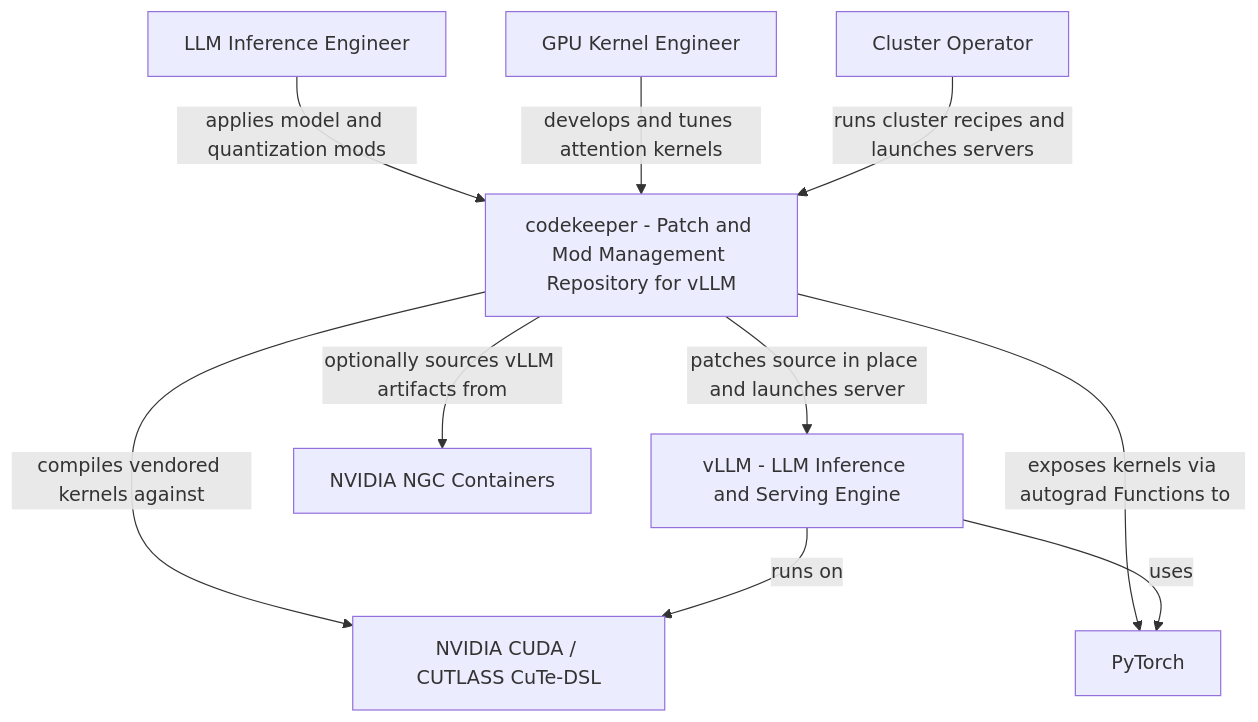
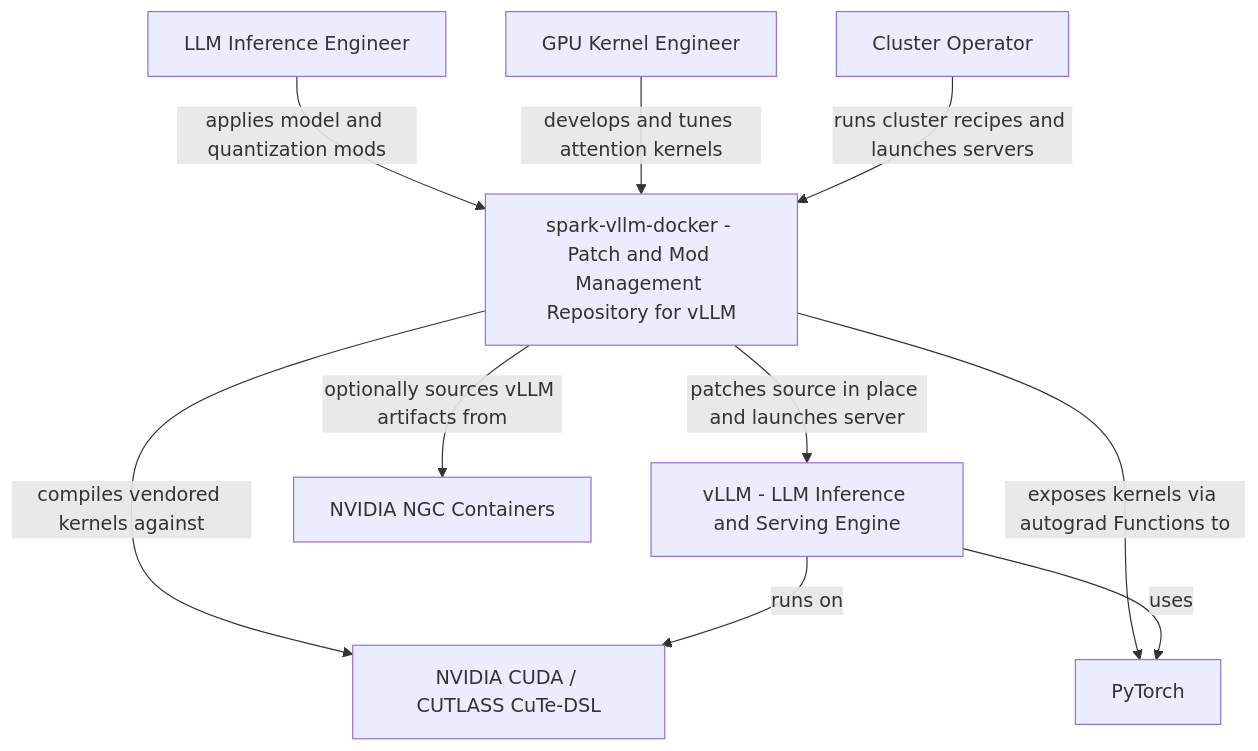
The third of 8 diagrams in deepwiki-rs-docs/1.Overview.md (jpfulton-fultonengineeringservices/spark-vllm-docker), drawn with Mermaid before and after one commit. The commit also changed other lines of this file and 13 other files, not shown here.

First line of the commit message:
Refactor project references from `codekeeper` to `spark-vllm-docker`

````diff
--- a/deepwiki-rs-docs/1.Overview.md
+++ b/deepwiki-rs-docs/1.Overview.md
@@ -238,25 +238,25 @@
 ```mermaid
 graph TD
     InferEng["LLM Inference Engineer"]
     KernelEng["GPU Kernel Engineer"]
     ClusterOp["Cluster Operator"]
 
-    Codekeeper["codekeeper - Patch and Mod Management Repository for vLLM"]
+    spark-vllm-docker["spark-vllm-docker - Patch and Mod Management Repository for vLLM"]
 
     VLLM["vLLM - LLM Inference and Serving Engine"]
     CUDA["NVIDIA CUDA / CUTLASS CuTe-DSL"]
     Torch["PyTorch"]
     NGC["NVIDIA NGC Containers"]
 
-    InferEng -->|"applies model and quantization mods"| Codekeeper
-    KernelEng -->|"develops and tunes attention kernels"| Codekeeper
-    ClusterOp -->|"runs cluster recipes and launches servers"| Codekeeper
+    InferEng -->|"applies model and quantization mods"| spark-vllm-docker
+    KernelEng -->|"develops and tunes attention kernels"| spark-vllm-docker
+    ClusterOp -->|"runs cluster recipes and launches servers"| spark-vllm-docker
 
-    Codekeeper -->|"patches source in place and launches server"| VLLM
-    Codekeeper -->|"compiles vendored kernels against"| CUDA
-    Codekeeper -->|"exposes kernels via autograd Functions to"| Torch
-    Codekeeper -->|"optionally sources vLLM artifacts from"| NGC
+    spark-vllm-docker -->|"patches source in place and launches server"| VLLM
+    spark-vllm-docker -->|"compiles vendored kernels against"| CUDA
+    spark-vllm-docker -->|"exposes kernels via autograd Functions to"| Torch
+    spark-vllm-docker -->|"optionally sources vLLM artifacts from"| NGC
 
     VLLM -->|"runs on"| CUDA
     VLLM -->|"uses"| Torch
 ```
````
